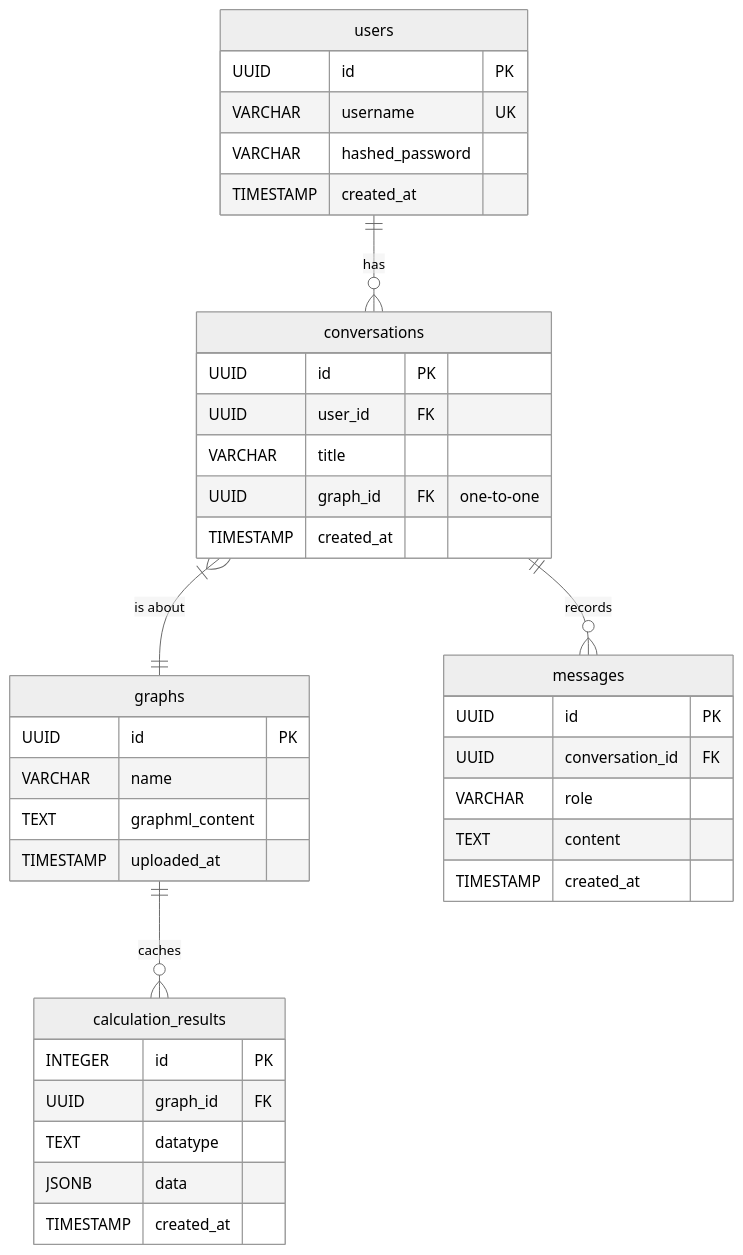
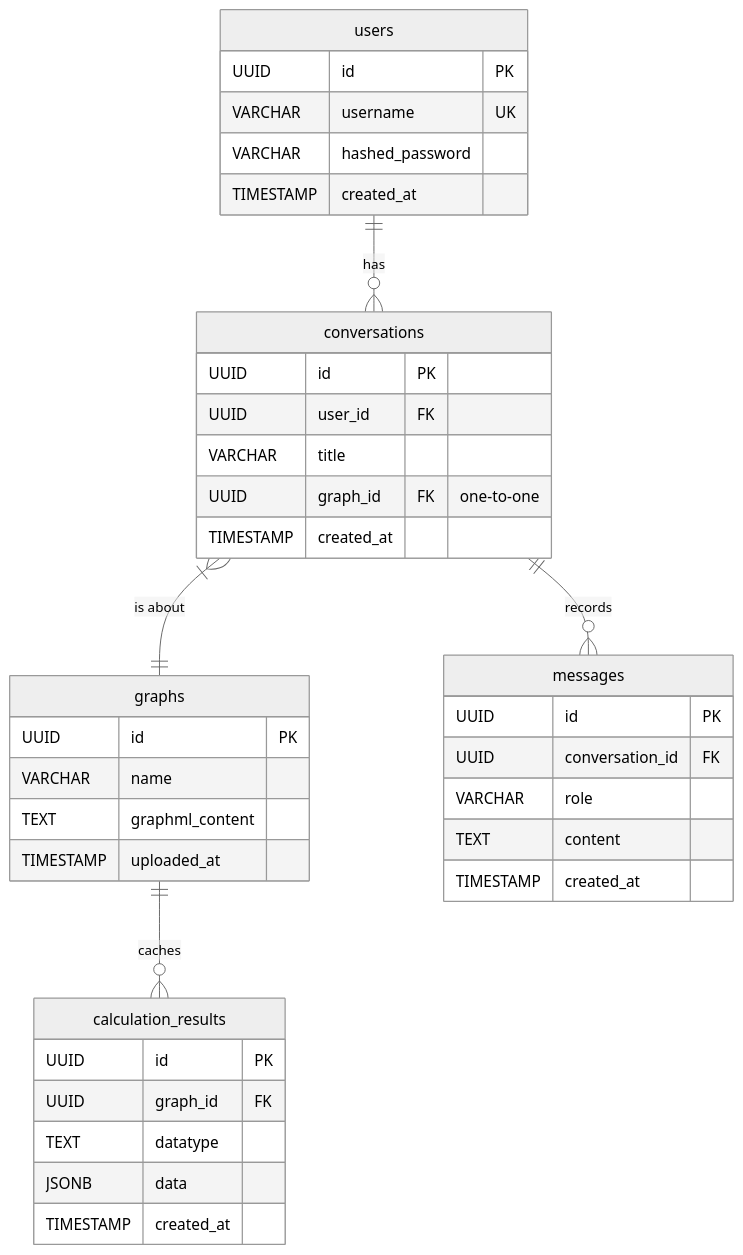
Before and after one commit to vdslab/LLMGraphvis: the diagram in specification/database-schema.md, drawn with Mermaid (neutral theme). The commit also changed other lines of this file, not shown here.

Commit message:
Docs: Unify PK type to UUID in database-schema.md

````diff
--- a/specification/database-schema.md
+++ b/specification/database-schema.md
@@ -11,45 +11,45 @@
 ```mermaid
 erDiagram
     users ||--o{ conversations : "has"
     conversations }|--|| graphs : "is about"
     conversations ||--o{ messages : "records"
     graphs ||--o{ calculation_results : "caches"
 
     users {
         UUID id PK
         VARCHAR username UK
         VARCHAR hashed_password
         TIMESTAMP created_at
     }
 
     conversations {
         UUID id PK
         UUID user_id FK
         VARCHAR title
         UUID graph_id FK "one-to-one"
         TIMESTAMP created_at
     }
 
     graphs {
         UUID id PK
         VARCHAR name
         TEXT graphml_content
         TIMESTAMP uploaded_at
     }
 
     messages {
         UUID id PK
         UUID conversation_id FK
         VARCHAR role
         TEXT content
         TIMESTAMP created_at
     }
 
     calculation_results {
-        INTEGER id PK
+        UUID id PK
         UUID graph_id FK
         TEXT datatype
         JSONB data
         TIMESTAMP created_at
     }
 ```
````
